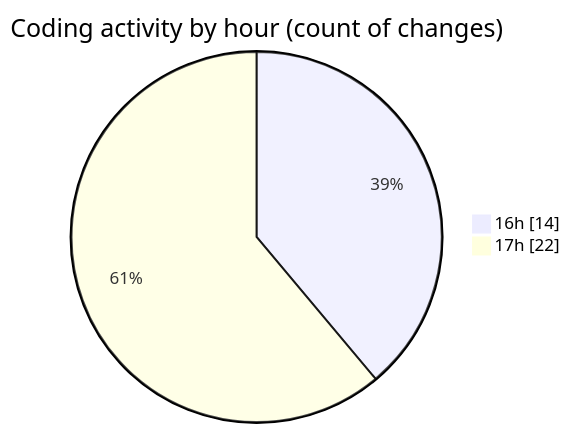
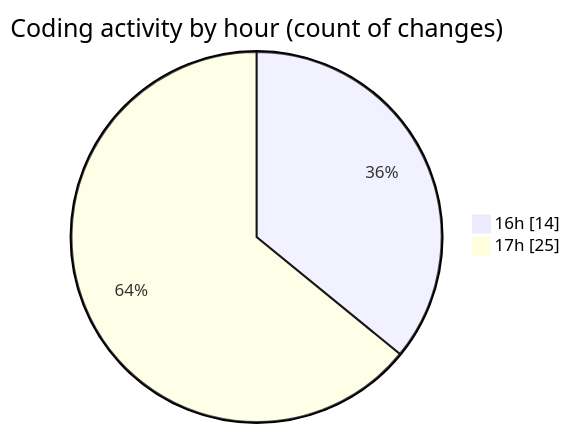
One commit to debugP/code-tracking changed the second of 2 diagrams in 2026-10-20/untitled__workspace_/README.md. Above: the diagram before and after it, drawn with Mermaid. The commit also changed other lines of this file and 1 other file, not shown here.

````diff
--- a/2026-10-20/untitled__workspace_/README.md
+++ b/2026-10-20/untitled__workspace_/README.md
@@ -30,6 +30,6 @@
 ```mermaid
 pie showData
 title Coding activity by hour (count of changes)
 "16h" : 14
-"17h" : 22
+"17h" : 25
 ```
````
